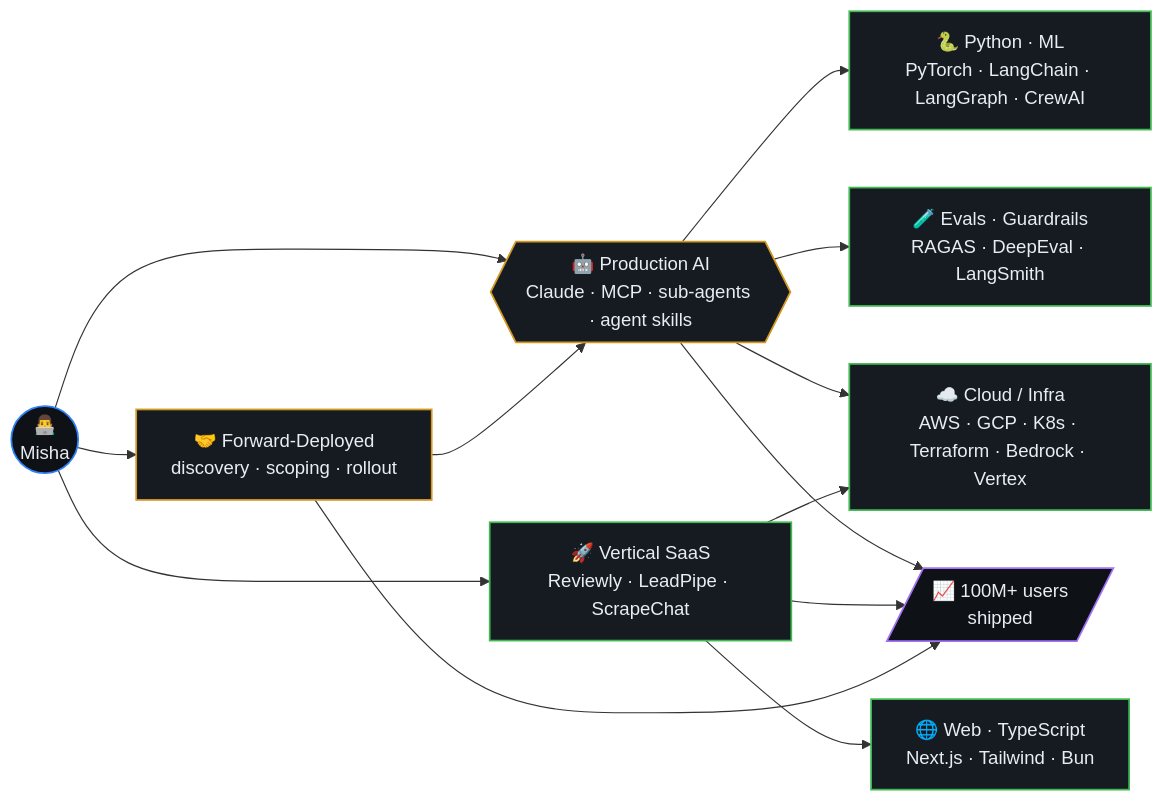
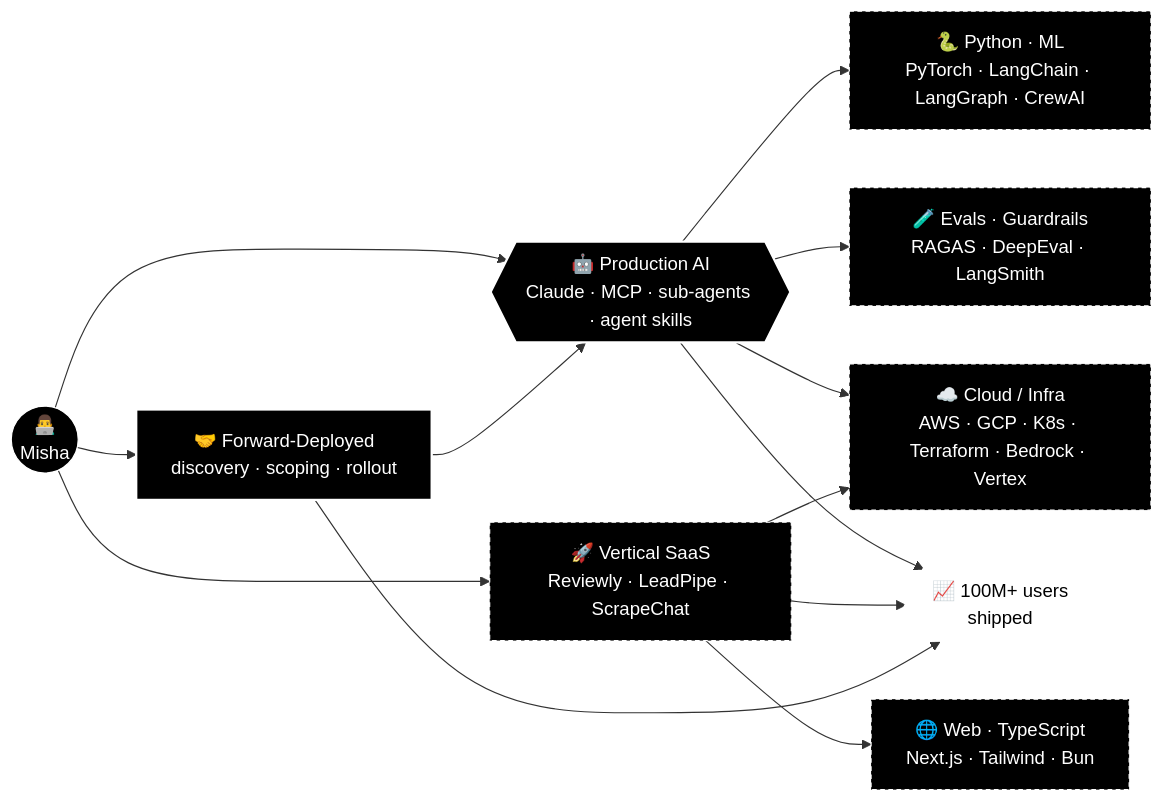
One commit to ml-lubich/ml-lubich changed the first of 3 diagrams in README.md. Above: the diagram before and after it, drawn with Mermaid. The commit also changed other lines of this file, not shown here.

````diff
--- a/README.md
+++ b/README.md
@@ -106,34 +106,34 @@
 ```mermaid
 flowchart LR
     ME(("👨‍💻<br/>Misha"))
     AI{{"🤖 Production AI<br/>Claude · MCP · sub-agents · agent skills"}}
     FDE["🤝 Forward-Deployed<br/>discovery · scoping · rollout"]
     SAAS["🚀 Vertical SaaS<br/>Reviewly · LeadPipe · ScrapeChat"]
     WEB["🌐 Web · TypeScript<br/>Next.js · Tailwind · Bun"]
     PY["🐍 Python · ML<br/>PyTorch · LangChain · LangGraph · CrewAI"]
     EVAL["🧪 Evals · Guardrails<br/>RAGAS · DeepEval · LangSmith"]
     INFRA["☁️ Cloud / Infra<br/>AWS · GCP · K8s · Terraform · Bedrock · Vertex"]
     USERS[/"📈 100M+ users<br/>shipped"/]
 
     ME --> FDE
     ME --> AI
     ME --> SAAS
     FDE --> AI
     AI --> PY
     AI --> EVAL
     SAAS --> WEB
     AI --> INFRA
     SAAS --> INFRA
     AI --> USERS
     SAAS --> USERS
     FDE --> USERS
 
-    classDef io fill:#0e1116,stroke:#2f81f7,stroke-width:1.5px,color:#e6edf3;
-    classDef brain fill:#161b22,stroke:#d29922,stroke-width:1.5px,color:#e6edf3;
-    classDef tool fill:#161b22,stroke:#3fb950,stroke-width:1.5px,color:#e6edf3;
-    classDef out fill:#0e1116,stroke:#a371f7,stroke-width:1.5px,color:#e6edf3;
+    classDef io fill:#000000,stroke:#ffffff,stroke-width:1px,color:#ffffff;
+    classDef brain fill:#000000,stroke:#ffffff,stroke-width:2px,color:#ffffff;
+    classDef tool fill:#000000,stroke:#ffffff,stroke-width:1px,stroke-dasharray:4 3,color:#ffffff;
+    classDef out fill:#ffffff,stroke:#ffffff,stroke-width:1px,color:#000000;
     class ME io;
     class AI,FDE brain;
     class SAAS,WEB,PY,INFRA,EVAL tool;
     class USERS out;
 ```
````
